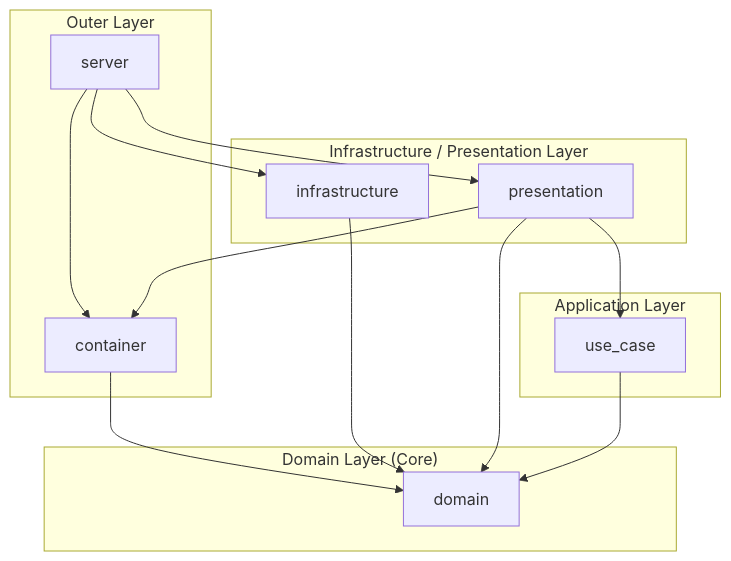
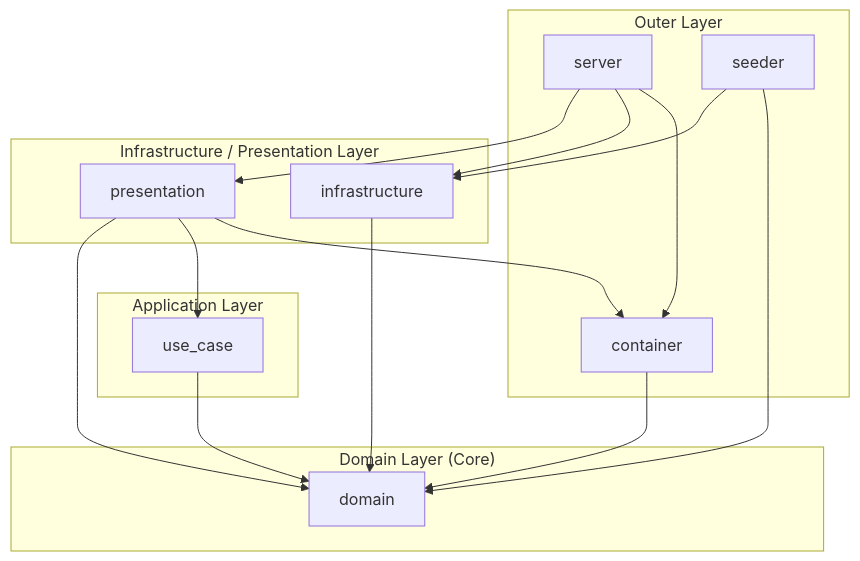
The diagram in README.md (23prime/actix-onion-template), drawn with Mermaid before and after one commit. The commit also changed other lines of this file and 7 other files, not shown here.

First line of the commit message:
feat: add seeder crate using domain and infrastructure models

````diff
--- a/README.md
+++ b/README.md
@@ -9,27 +9,30 @@
 ```mermaid
 graph TB
     subgraph outer["Outer Layer"]
         server
         container
+        seeder
     end
     subgraph middle["Infrastructure / Presentation Layer"]
         infrastructure
         presentation
     end
     subgraph app["Application Layer"]
         use_case
     end
     subgraph core["Domain Layer (Core)"]
         domain
     end
 
     server --> container
     server --> infrastructure
     server --> presentation
     container --> domain
     infrastructure --> domain
     presentation --> container
     presentation --> use_case
     presentation --> domain
     use_case --> domain
+    seeder --> domain
+    seeder --> infrastructure
 ```
````
